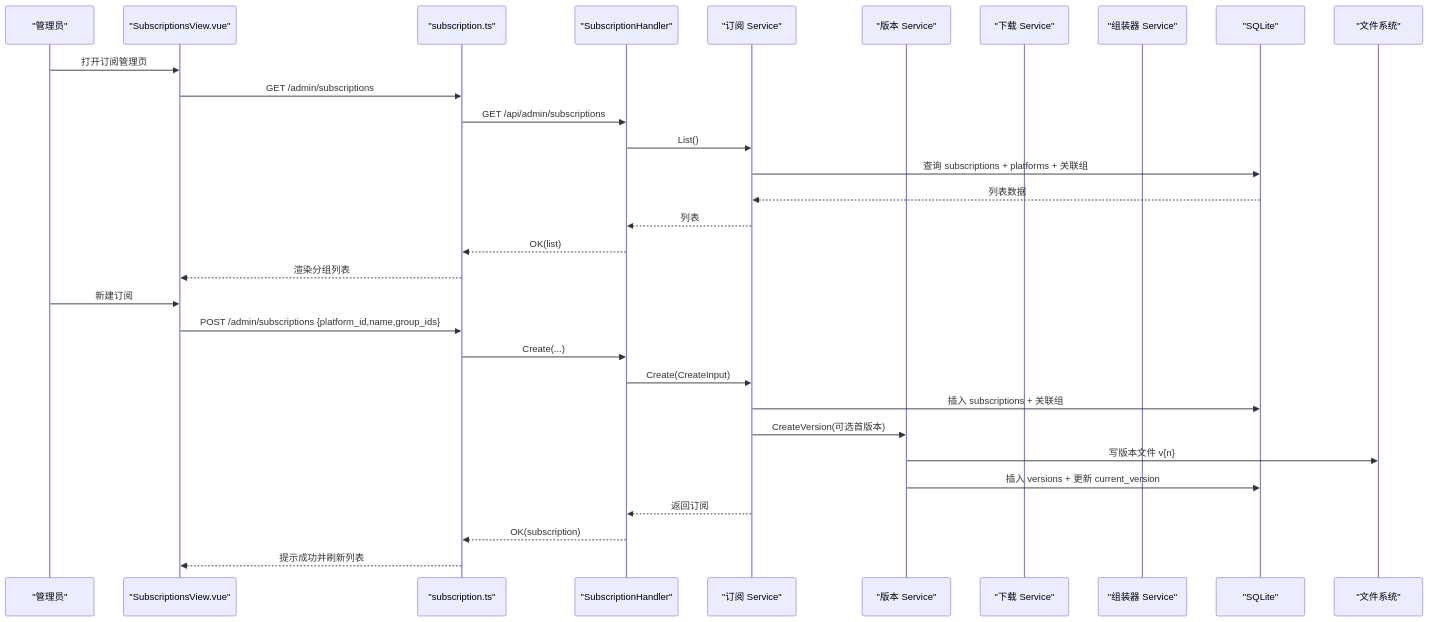
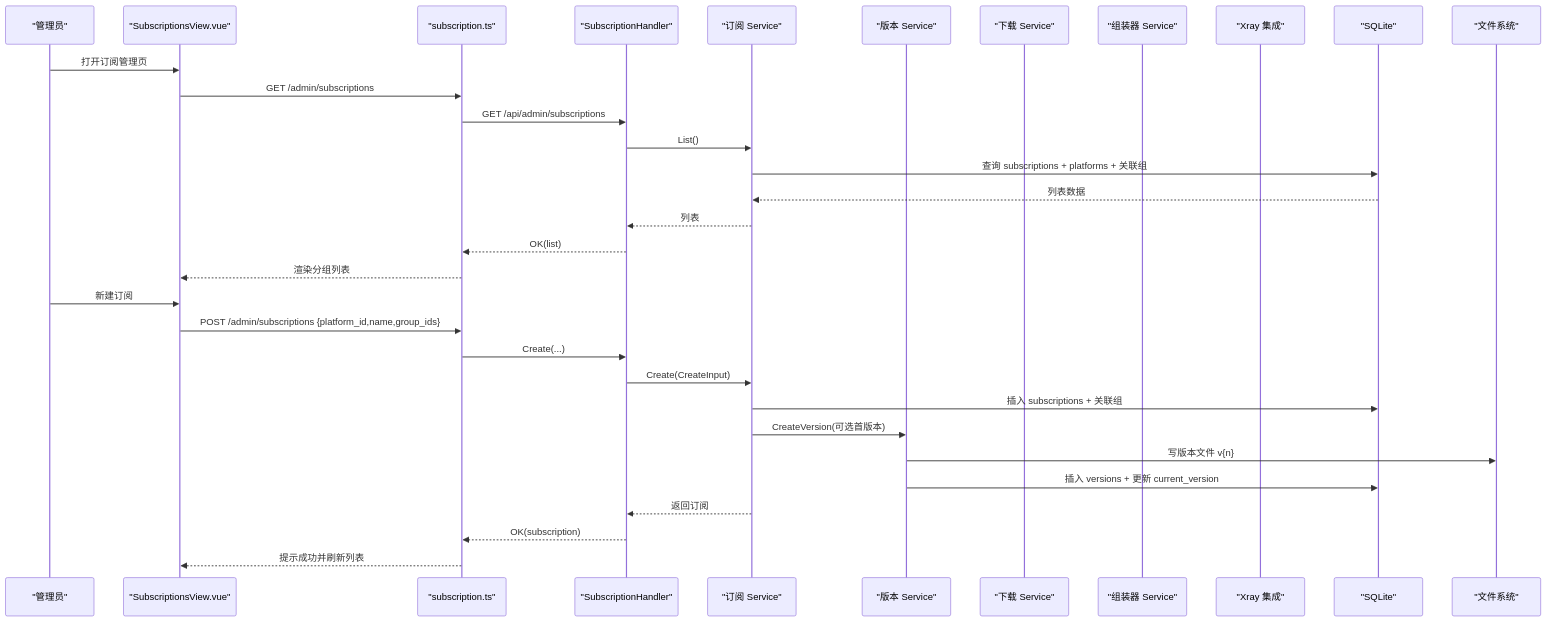
Before and after one commit to AlcaProphet/VPN-Subscription-Management: the second of 9 diagrams in .qoder/repowiki/zh/content/核心功能模块/订阅管理系统.md, drawn with Mermaid. The commit also changed other lines of this file and 109 other files, not shown here.

````diff
--- a/.qoder/repowiki/zh/content/核心功能模块/订阅管理系统.md
+++ b/.qoder/repowiki/zh/content/核心功能模块/订阅管理系统.md
@@ -97,33 +103,34 @@
 ```mermaid
 sequenceDiagram
 participant U as "管理员"
 participant FE as "SubscriptionsView.vue"
 participant API as "subscription.ts"
 participant H as "SubscriptionHandler"
 participant S as "订阅 Service"
 participant V as "版本 Service"
 participant D as "下载 Service"
 participant A as "组装器 Service"
+participant X as "Xray 集成"
 participant DB as "SQLite"
 participant FS as "文件系统"
 U->>FE : 打开订阅管理页
 FE->>API : GET /admin/subscriptions
 API->>H : GET /api/admin/subscriptions
 H->>S : List()
 S->>DB : 查询 subscriptions + platforms + 关联组
 DB-->>S : 列表数据
 S-->>H : 列表
 H-->>API : OK(list)
 API-->>FE : 渲染分组列表
 U->>FE : 新建订阅
 FE->>API : POST /admin/subscriptions {platform_id,name,group_ids}
 API->>H : Create(...)
 H->>S : Create(CreateInput)
 S->>DB : 插入 subscriptions + 关联组
 S->>V : CreateVersion(可选首版本)
 V->>FS : 写版本文件 v{n}
 V->>DB : 插入 versions + 更新 current_version
 S-->>H : 返回订阅
 H-->>API : OK(subscription)
 API-->>FE : 提示成功并刷新列表
 ```
````
